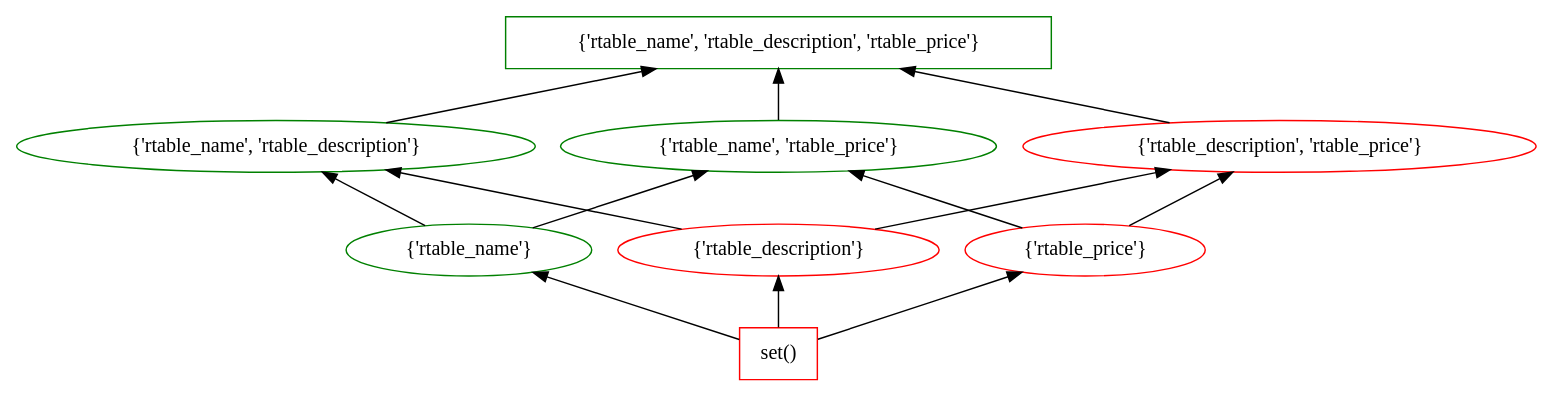
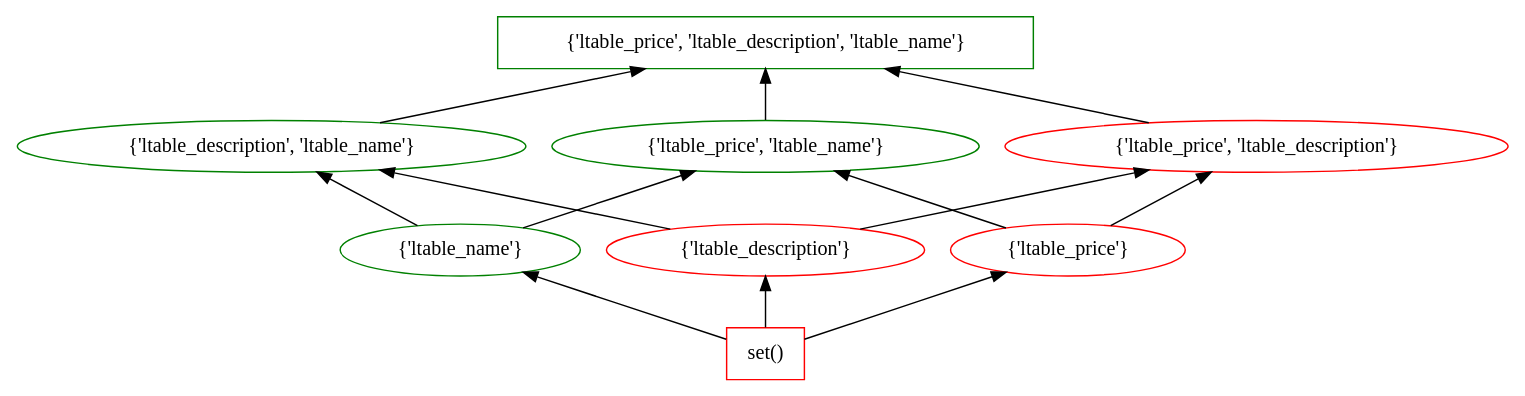
One commit to tteofili/certem changed the diagram in data/abt_buy/dm/5/lattice_5.dot. Above: the diagram before and after it, drawn with Graphviz. The commit also changed 125 other files, not shown here.

```diff
--- a/data/abt_buy/dm/5/lattice_5.dot
+++ b/data/abt_buy/dm/5/lattice_5.dot
@@ -1,26 +1,26 @@
 digraph G {
 splines="line"
 rankdir=BT
-"{'rtable_name', 'rtable_description', 'rtable_price'}" [shape=box];
+"{'ltable_price', 'ltable_description', 'ltable_name'}" [shape=box];
 "set()" [shape=box];
 "set()" [color=red];
-"set()" -> "{'rtable_name'}";
-"set()" -> "{'rtable_description'}";
-"set()" -> "{'rtable_price'}";
-"{'rtable_name'}" [color=green];
-"{'rtable_name'}" -> "{'rtable_name', 'rtable_description'}";
-"{'rtable_name'}" -> "{'rtable_name', 'rtable_price'}";
-"{'rtable_description'}" [color=red];
-"{'rtable_description'}" -> "{'rtable_name', 'rtable_description'}";
-"{'rtable_description'}" -> "{'rtable_description', 'rtable_price'}";
-"{'rtable_price'}" [color=red];
-"{'rtable_price'}" -> "{'rtable_name', 'rtable_price'}";
-"{'rtable_price'}" -> "{'rtable_description', 'rtable_price'}";
-"{'rtable_name', 'rtable_description'}" [color=green];
-"{'rtable_name', 'rtable_description'}" -> "{'rtable_name', 'rtable_description', 'rtable_price'}";
-"{'rtable_name', 'rtable_price'}" [color=green];
-"{'rtable_name', 'rtable_price'}" -> "{'rtable_name', 'rtable_description', 'rtable_price'}";
-"{'rtable_description', 'rtable_price'}" [color=red];
-"{'rtable_description', 'rtable_price'}" -> "{'rtable_name', 'rtable_description', 'rtable_price'}";
-"{'rtable_name', 'rtable_description', 'rtable_price'}" [color=green];
+"set()" -> "{'ltable_name'}";
+"set()" -> "{'ltable_description'}";
+"set()" -> "{'ltable_price'}";
+"{'ltable_name'}" [color=green];
+"{'ltable_name'}" -> "{'ltable_description', 'ltable_name'}";
+"{'ltable_name'}" -> "{'ltable_price', 'ltable_name'}";
+"{'ltable_description'}" [color=red];
+"{'ltable_description'}" -> "{'ltable_description', 'ltable_name'}";
+"{'ltable_description'}" -> "{'ltable_price', 'ltable_description'}";
+"{'ltable_price'}" [color=red];
+"{'ltable_price'}" -> "{'ltable_price', 'ltable_name'}";
+"{'ltable_price'}" -> "{'ltable_price', 'ltable_description'}";
+"{'ltable_description', 'ltable_name'}" [color=green];
+"{'ltable_description', 'ltable_name'}" -> "{'ltable_price', 'ltable_description', 'ltable_name'}";
+"{'ltable_price', 'ltable_name'}" [color=green];
+"{'ltable_price', 'ltable_name'}" -> "{'ltable_price', 'ltable_description', 'ltable_name'}";
+"{'ltable_price', 'ltable_description'}" [color=red];
+"{'ltable_price', 'ltable_description'}" -> "{'ltable_price', 'ltable_description', 'ltable_name'}";
+"{'ltable_price', 'ltable_description', 'ltable_name'}" [color=green];
 }
```
